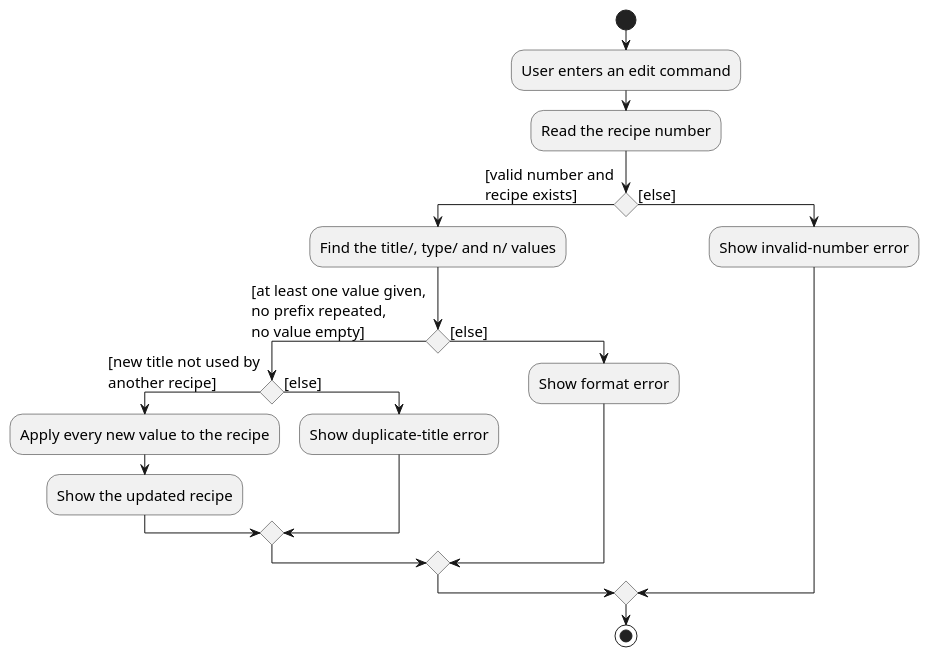
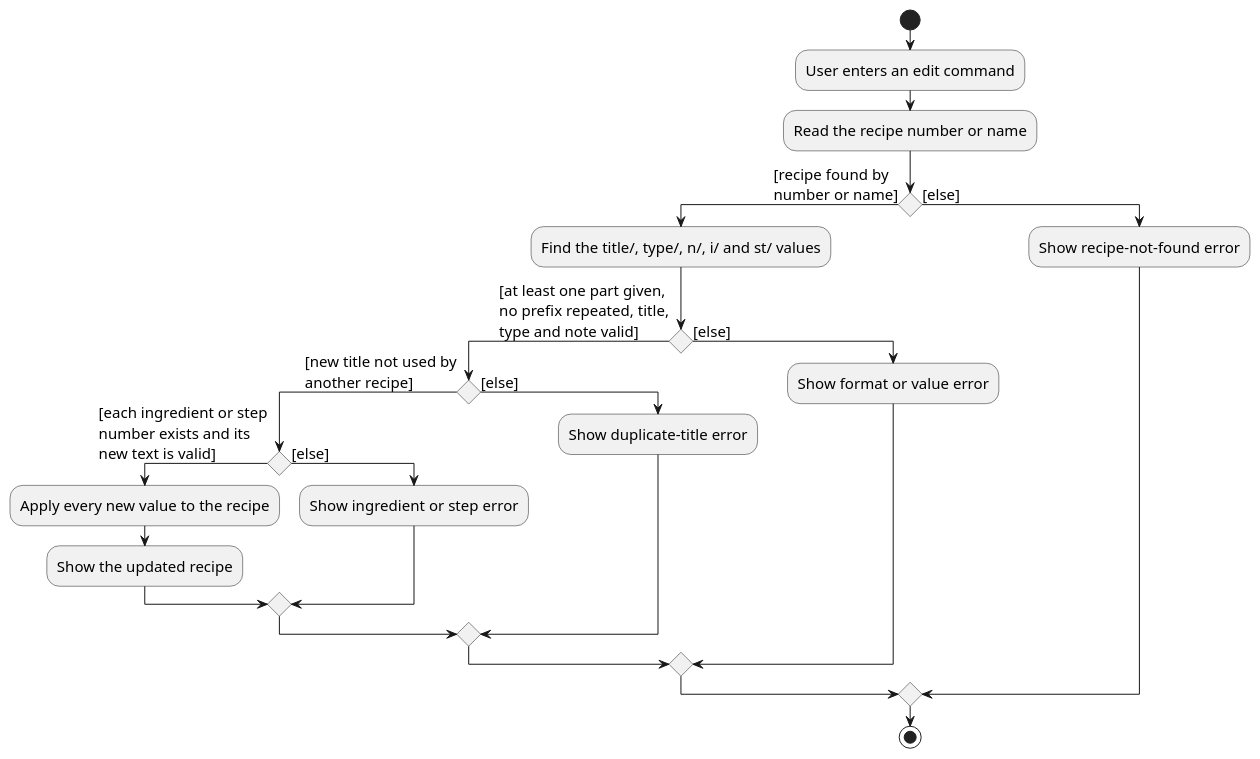
The diagram in docs/diagrams/edit-recipe-activity.puml (AY2627S1-CS2113-W14-3/tp), drawn with PlantUML before and after one commit. The commit also changed 15 other files, not shown here.

```diff
--- a/docs/diagrams/edit-recipe-activity.puml
+++ b/docs/diagrams/edit-recipe-activity.puml
@@ -1,26 +1,30 @@
 @startuml
 skinparam monochrome true
 skinparam shadowing false
 skinparam defaultFontName SansSerif
 skinparam defaultFontSize 15
 
 start
 :User enters an edit command;
-:Read the recipe number;
-if () then ([valid number and\nrecipe exists])
-  :Find the title/, type/ and n/ values;
-  if () then ([at least one value given,\nno prefix repeated,\nno value empty])
+:Read the recipe number or name;
+if () then ([recipe found by\nnumber or name])
+  :Find the title/, type/, n/, i/ and st/ values;
+  if () then ([at least one part given,\nno prefix repeated, title,\ntype and note valid])
     if () then ([new title not used by\nanother recipe])
-      :Apply every new value to the recipe;
-      :Show the updated recipe;
+      if () then ([each ingredient or step\nnumber exists and its\nnew text is valid])
+        :Apply every new value to the recipe;
+        :Show the updated recipe;
+      else ([else])
+        :Show ingredient or step error;
+      endif
     else ([else])
       :Show duplicate-title error;
     endif
   else ([else])
-    :Show format error;
+    :Show format or value error;
   endif
 else ([else])
-  :Show invalid-number error;
+  :Show recipe-not-found error;
 endif
 stop
 @enduml
```
